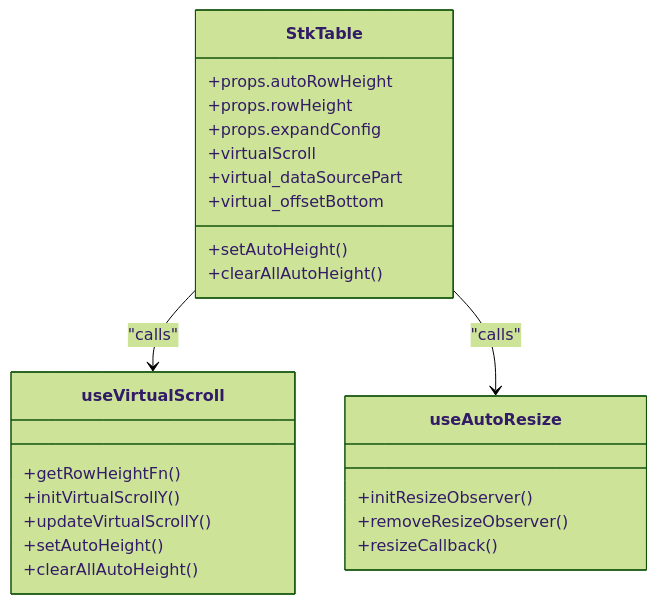
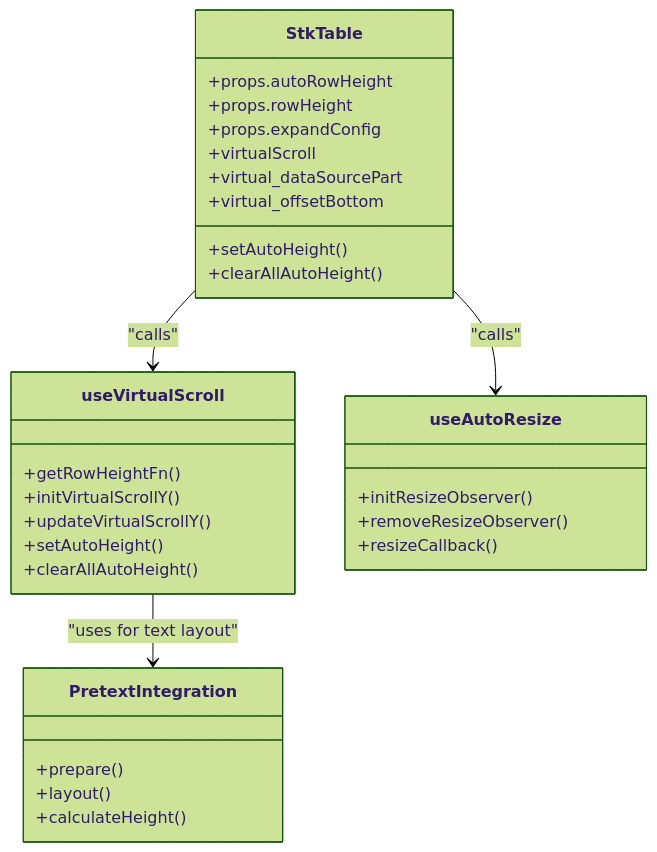
The fifth of 7 diagrams in .qoder/repowiki/en/content/Advanced Features/Virtual Scrolling/Auto-Height Virtual Scrolling.md (ja-plus/stk-table-vue), drawn with Mermaid (forest theme) before and after one commit. The commit also changed other lines of this file and 4 other files, not shown here.

````diff
--- a/.qoder/repowiki/en/content/Advanced Features/Virtual Scrolling/Auto-Height Virtual Scrolling.md
+++ b/.qoder/repowiki/en/content/Advanced Features/Virtual Scrolling/Auto-Height Virtual Scrolling.md
@@ -183,27 +214,33 @@
 ```mermaid
 classDiagram
 class StkTable {
 +props.autoRowHeight
 +props.rowHeight
 +props.expandConfig
 +virtualScroll
 +virtual_dataSourcePart
 +virtual_offsetBottom
 +setAutoHeight()
 +clearAllAutoHeight()
 }
 class useVirtualScroll {
 +getRowHeightFn()
 +initVirtualScrollY()
 +updateVirtualScrollY()
 +setAutoHeight()
 +clearAllAutoHeight()
 }
 class useAutoResize {
 +initResizeObserver()
 +removeResizeObserver()
 +resizeCallback()
 }
+class PretextIntegration {
++prepare()
++layout()
++calculateHeight()
+}
 StkTable --> useVirtualScroll : "calls"
 StkTable --> useAutoResize : "calls"
+useVirtualScroll --> PretextIntegration : "uses for text layout"
 ```
````
